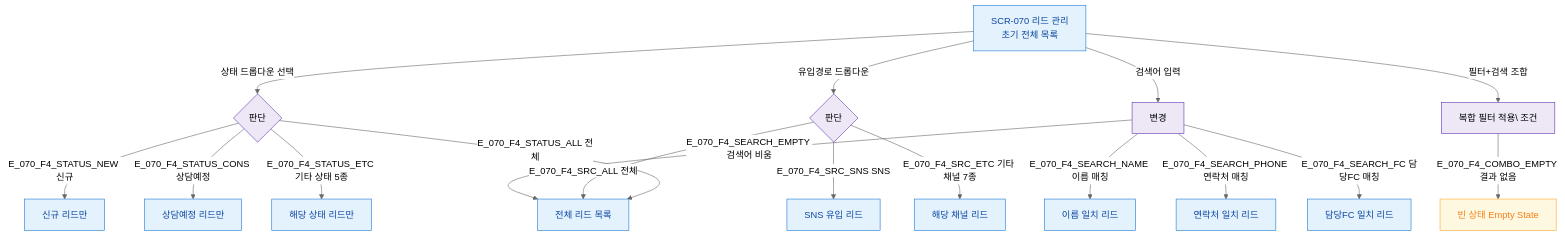
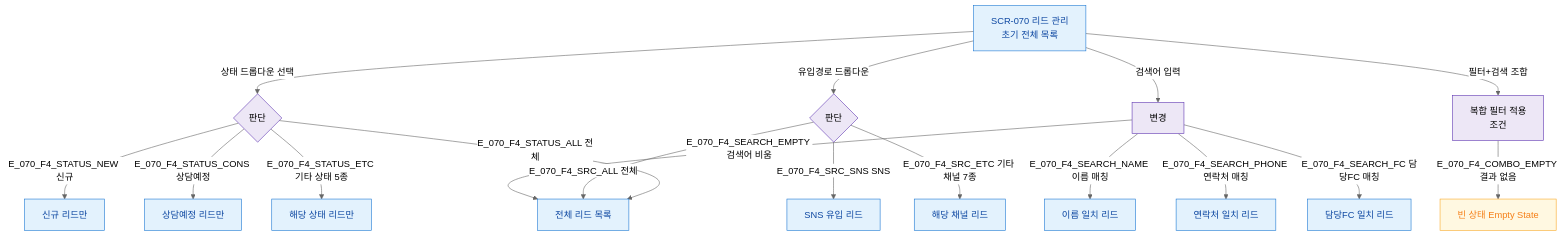
The diagram in docs/admin/다이어그램/D08_마케팅/SCR-070_리드관리/F4_필터검색.md (dev-spogym/admin-pando), drawn with Mermaid (neutral theme) before and after one commit. The commit also changed 369 other files, not shown here.

````diff
--- a/docs/admin/다이어그램/D08_마케팅/SCR-070_리드관리/F4_필터검색.md
+++ b/docs/admin/다이어그램/D08_마케팅/SCR-070_리드관리/F4_필터검색.md
@@ -20,32 +20,32 @@
 ```mermaid
 flowchart TD
   SCR_070[SCR-070 리드 관리\n초기 전체 목록]
 
   SCR_070 -->|상태 드롭다운 선택|FILTER_STATUS{판단}
   FILTER_STATUS -->|E_070_F4_STATUS_ALL 전체|RESULT_ALL[전체 리드 목록]
   FILTER_STATUS -->|E_070_F4_STATUS_NEW 신규|RESULT_NEW[신규 리드만]
   FILTER_STATUS -->|E_070_F4_STATUS_CONS 상담예정|RESULT_CONS[상담예정 리드만]
   FILTER_STATUS -->|E_070_F4_STATUS_ETC 기타 상태 5종|RESULT_ETC[해당 상태 리드만]
 
   SCR_070 -->|유입경로 드롭다운|FILTER_SOURCE{판단}
   FILTER_SOURCE -->|E_070_F4_SRC_ALL 전체|RESULT_ALL
   FILTER_SOURCE -->|E_070_F4_SRC_SNS SNS|RESULT_SNS[SNS 유입 리드]
   FILTER_SOURCE -->|E_070_F4_SRC_ETC 기타 채널 7종|RESULT_SRC_ETC[해당 채널 리드]
 
   SCR_070 -->|검색어 입력|SEARCH_INPUT[변경]
   SEARCH_INPUT -->|E_070_F4_SEARCH_NAME 이름 매칭|RESULT_NAME[이름 일치 리드]
   SEARCH_INPUT -->|E_070_F4_SEARCH_PHONE 연락처 매칭|RESULT_PHONE[연락처 일치 리드]
   SEARCH_INPUT -->|E_070_F4_SEARCH_FC 담당FC 매칭|RESULT_FC[담당FC 일치 리드]
   SEARCH_INPUT -->|E_070_F4_SEARCH_EMPTY 검색어 비움|RESULT_ALL
 
-  SCR_070 -->|필터+검색 조합|COMBO[복합 필터 적용\ 조건]
+  SCR_070 -->|필터+검색 조합|COMBO[복합 필터 적용<br/> 조건]
   COMBO -->|E_070_F4_COMBO_EMPTY 결과 없음|EMPTY[빈 상태 Empty State]
 
   classDef screen fill:#E3F2FD,stroke:#1976D2,color:#0D47A1
   classDef system fill:#EDE7F6,stroke:#5E35B2
   classDef warning fill:#FFF8E1,stroke:#F9A825,color:#F57F17
 
   class SCR_070,RESULT_ALL,RESULT_NEW,RESULT_CONS,RESULT_ETC,RESULT_SNS,RESULT_SRC_ETC,RESULT_NAME,RESULT_PHONE,RESULT_FC screen
   class FILTER_STATUS,FILTER_SOURCE,SEARCH_INPUT,COMBO system
   class EMPTY warning
 ```
````
